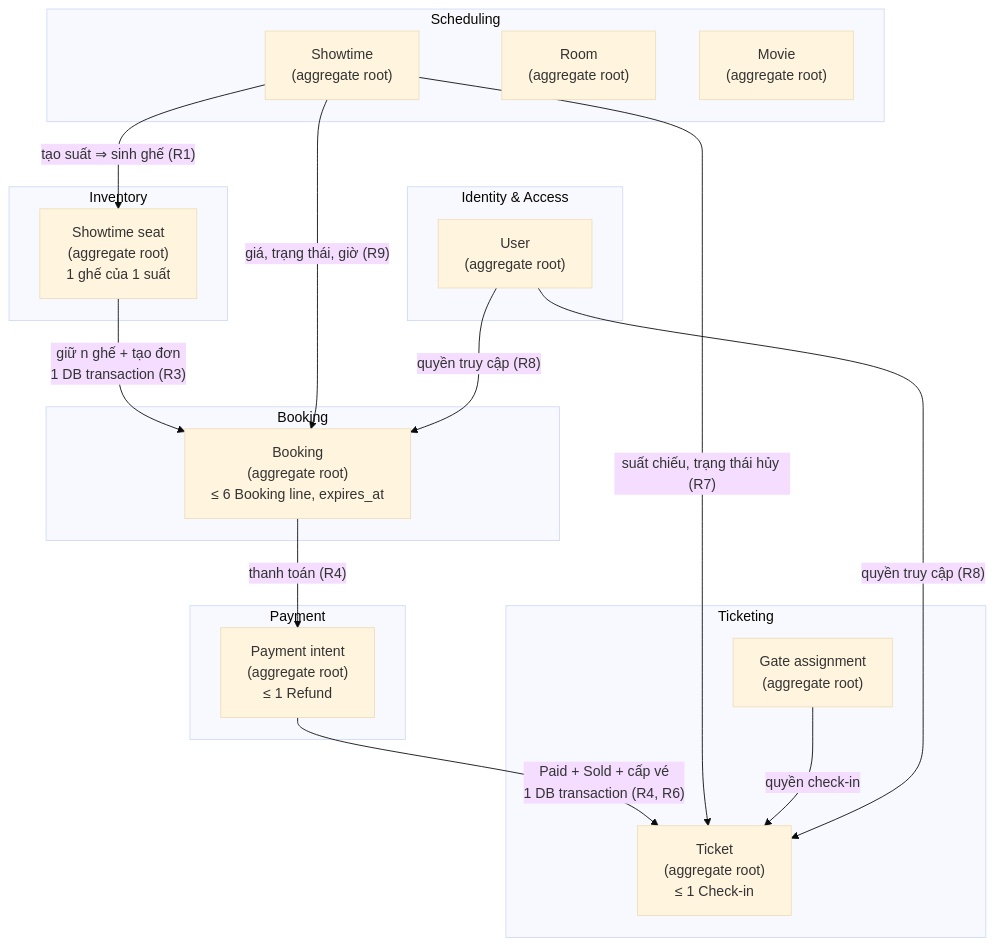
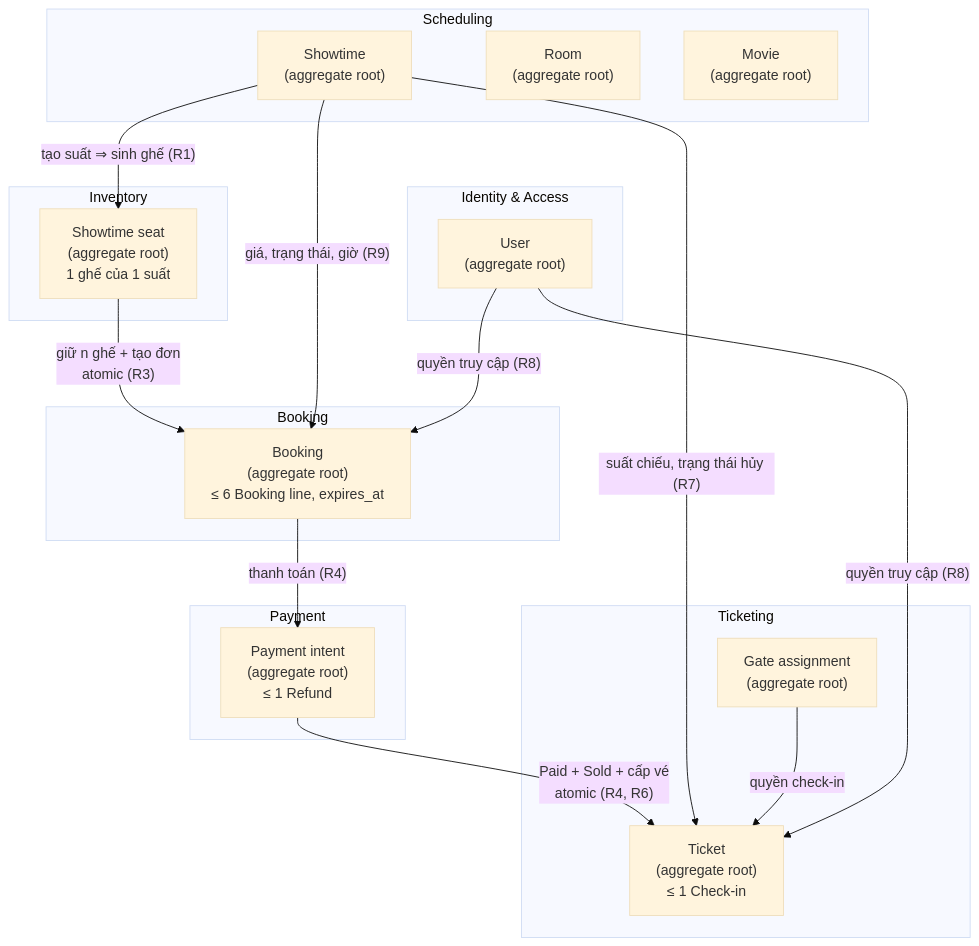
The diagram in docs/domain/aggregates/README.md (HoangDucHiep/advanced-ticket-system), drawn with Mermaid (base theme) before and after one commit. The commit also changed other lines of this file and 50 other files, not shown here.

````diff
--- a/docs/domain/aggregates/README.md
+++ b/docs/domain/aggregates/README.md
@@ -129,34 +135,34 @@
 ```mermaid
 graph TD
     subgraph Scheduling["Scheduling"]
         Showtime["Showtime<br/>(aggregate root)"]
         Room["Room<br/>(aggregate root)"]
         Movie["Movie<br/>(aggregate root)"]
     end
     subgraph Inventory["Inventory"]
         Seat["Showtime seat<br/>(aggregate root)<br/>1 ghế của 1 suất"]
     end
     subgraph BookingCtx["Booking"]
         BookingAgg["Booking<br/>(aggregate root)<br/>≤ 6 Booking line, expires_at"]
     end
     subgraph PaymentCtx["Payment"]
         PaymentIntent["Payment intent<br/>(aggregate root)<br/>≤ 1 Refund"]
     end
     subgraph TicketingCtx["Ticketing"]
         TicketAgg["Ticket<br/>(aggregate root)<br/>≤ 1 Check-in"]
         GateAgg["Gate assignment<br/>(aggregate root)"]
     end
     subgraph Identity["Identity & Access"]
         UserAgg["User<br/>(aggregate root)"]
     end
 
     Showtime -->|"tạo suất ⇒ sinh ghế (R1)"| Seat
-    Seat -->|"giữ n ghế + tạo đơn<br/>1 DB transaction (R3)"| BookingAgg
+    Seat -->|"giữ n ghế + tạo đơn<br/>atomic (R3)"| BookingAgg
     Showtime -->|"giá, trạng thái, giờ (R9)"| BookingAgg
     BookingAgg -->|"thanh toán (R4)"| PaymentIntent
-    PaymentIntent -->|"Paid + Sold + cấp vé<br/>1 DB transaction (R4, R6)"| TicketAgg
+    PaymentIntent -->|"Paid + Sold + cấp vé<br/>atomic (R4, R6)"| TicketAgg
     Showtime -->|"suất chiếu, trạng thái hủy (R7)"| TicketAgg
     GateAgg -->|"quyền check-in"| TicketAgg
     UserAgg -->|"quyền truy cập (R8)"| BookingAgg
     UserAgg -->|"quyền truy cập (R8)"| TicketAgg
 ```
````
